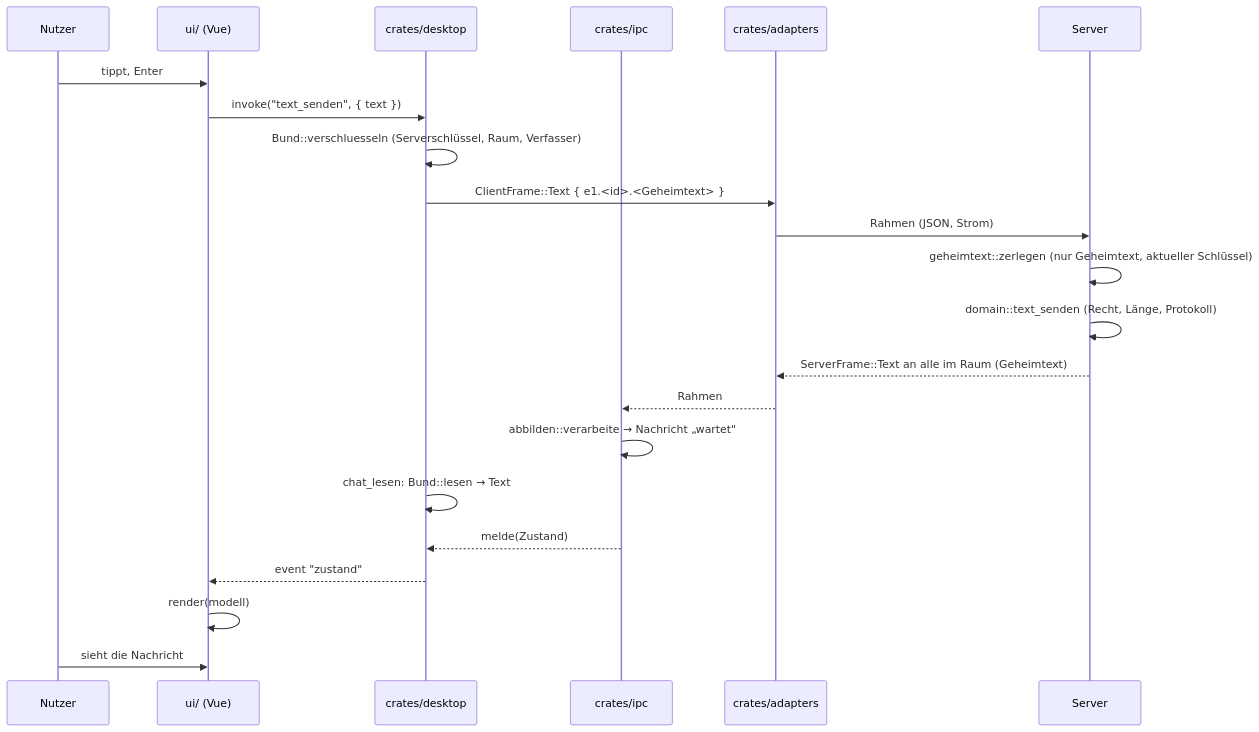
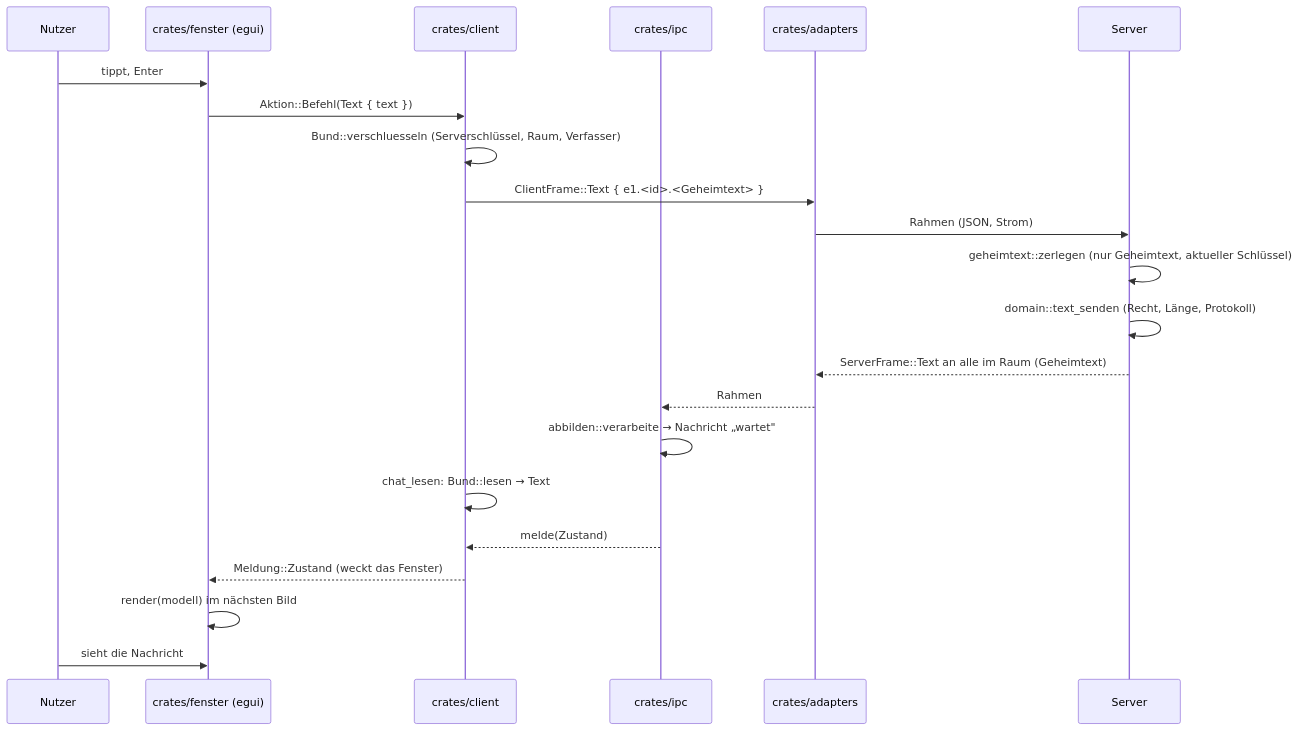
The first of 2 diagrams in docs/datenfluss.md (patimweb-labs/sprechwerk), drawn with Mermaid before and after one commit. The commit also changed other lines of this file and 41 other files, not shown here.

````diff
--- a/docs/datenfluss.md
+++ b/docs/datenfluss.md
@@ -5,25 +5,25 @@
 ```mermaid
 sequenceDiagram
     participant N as Nutzer
-    participant UI as ui/ (Vue)
-    participant D as crates/desktop
+    participant UI as crates/fenster (egui)
+    participant D as crates/client
     participant I as crates/ipc
     participant A as crates/adapters
     participant S as Server
 
     N->>UI: tippt, Enter
-    UI->>D: invoke("text_senden", { text })
+    UI->>D: Aktion::Befehl(Text { text })
     D->>D: Bund::verschluesseln (Serverschlüssel, Raum, Verfasser)
     D->>A: ClientFrame::Text { e1.<id>.<Geheimtext> }
     A->>S: Rahmen (JSON, Strom)
     S->>S: geheimtext::zerlegen (nur Geheimtext, aktueller Schlüssel)
     S->>S: domain::text_senden (Recht, Länge, Protokoll)
     S-->>A: ServerFrame::Text an alle im Raum (Geheimtext)
     A-->>I: Rahmen
     I->>I: abbilden::verarbeite → Nachricht „wartet"
     D->>D: chat_lesen: Bund::lesen → Text
     I-->>D: melde(Zustand)
-    D-->>UI: event "zustand"
-    UI->>UI: render(modell)
+    D-->>UI: Meldung::Zustand (weckt das Fenster)
+    UI->>UI: render(modell) im nächsten Bild
     N->>UI: sieht die Nachricht
 ```
````
